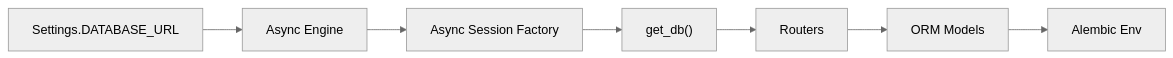
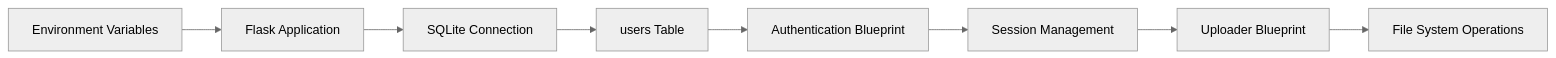
One commit to PolarisW007/PolaZhenJing changed the fifth of 5 diagrams in .qoder/repowiki/en/content/Database Design.md. Above: the diagram before and after it, drawn with Mermaid (neutral theme). The commit also changed other lines of this file and 153 other files, not shown here.

````diff
--- a/.qoder/repowiki/en/content/Database Design.md
+++ b/.qoder/repowiki/en/content/Database Design.md
@@ -391,9 +232,10 @@
 ```mermaid
 graph LR
-Settings["Settings.DATABASE_URL"] --> Engine["Async Engine"]
-Engine --> SessionFactory["Async Session Factory"]
-SessionFactory --> GetDB["get_db()"]
-GetDB --> Routers["Routers"]
-Routers --> Models["ORM Models"]
-Models --> AlembicEnv["Alembic Env"]
+EnvVars["Environment Variables"] --> FlaskApp["Flask Application"]
+FlaskApp --> DBConn["SQLite Connection"]
+DBConn --> UsersTable["users Table"]
+UsersTable --> AuthBP["Authentication Blueprint"]
+AuthBP --> SessionMgr["Session Management"]
+SessionMgr --> UploadBP["Uploader Blueprint"]
+UploadBP --> FileSystem["File System Operations"]
 ```
````
